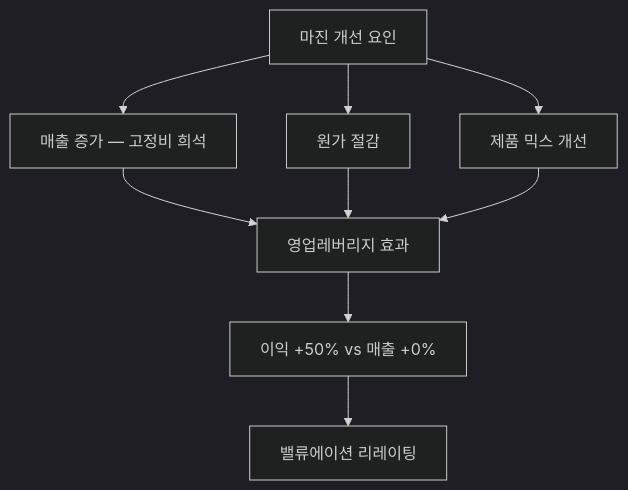
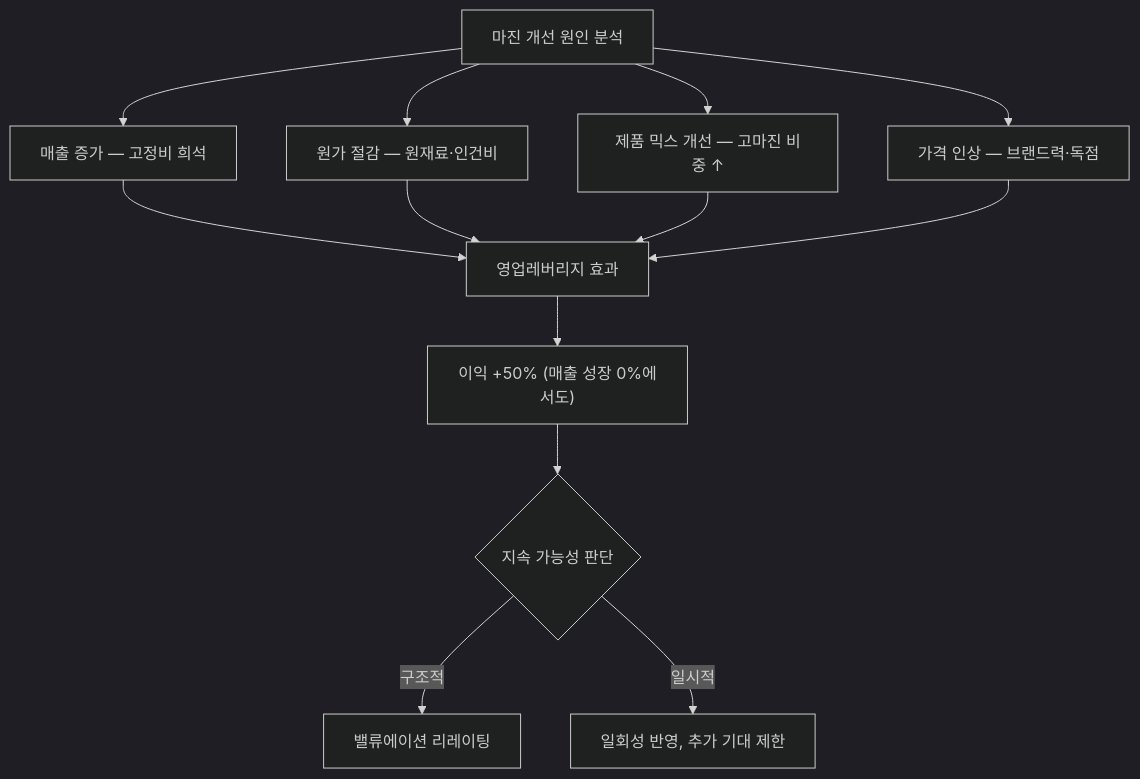
Before and after one commit to yeongseon/stock-visual-note: the diagram in content/stock-terms/ko/level-08-industry-macro/margin-improvement.md, drawn with Mermaid (dark theme). The commit also changed other lines of this file and 9 other files, not shown here.

Commit message:
content: rewrite level-08 (10 articles) — richer diagrams, realistic scenarios, blog tone

````diff
--- a/content/stock-terms/ko/level-08-industry-macro/margin-improvement.md
+++ b/content/stock-terms/ko/level-08-industry-macro/margin-improvement.md
@@ -42,12 +43,16 @@
 ```mermaid
 graph TD
-    A["마진 개선 요인"]
+    A["마진 개선 원인 분석"]
     A --> B["매출 증가 — 고정비 희석"]
-    A --> C["원가 절감"]
-    A --> D["제품 믹스 개선"]
-    B --> E["영업레버리지 효과"]
-    C --> E
-    D --> E
-    E --> F["이익 +50% vs 매출 +0%"]
-    F --> G["밸류에이션 리레이팅"]
+    A --> C["원가 절감 — 원재료·인건비"]
+    A --> D["제품 믹스 개선 — 고마진 비중 ↑"]
+    A --> E["가격 인상 — 브랜드력·독점"]
+    B --> F["영업레버리지 효과"]
+    C --> F
+    D --> F
+    E --> F
+    F --> G["이익 +50% (매출 성장 0%에서도)"]
+    G --> H{"지속 가능성 판단"}
+    H -->|"구조적"| I["밸류에이션 리레이팅"]
+    H -->|"일시적"| J["일회성 반영, 추가 기대 제한"]
 ```
````
